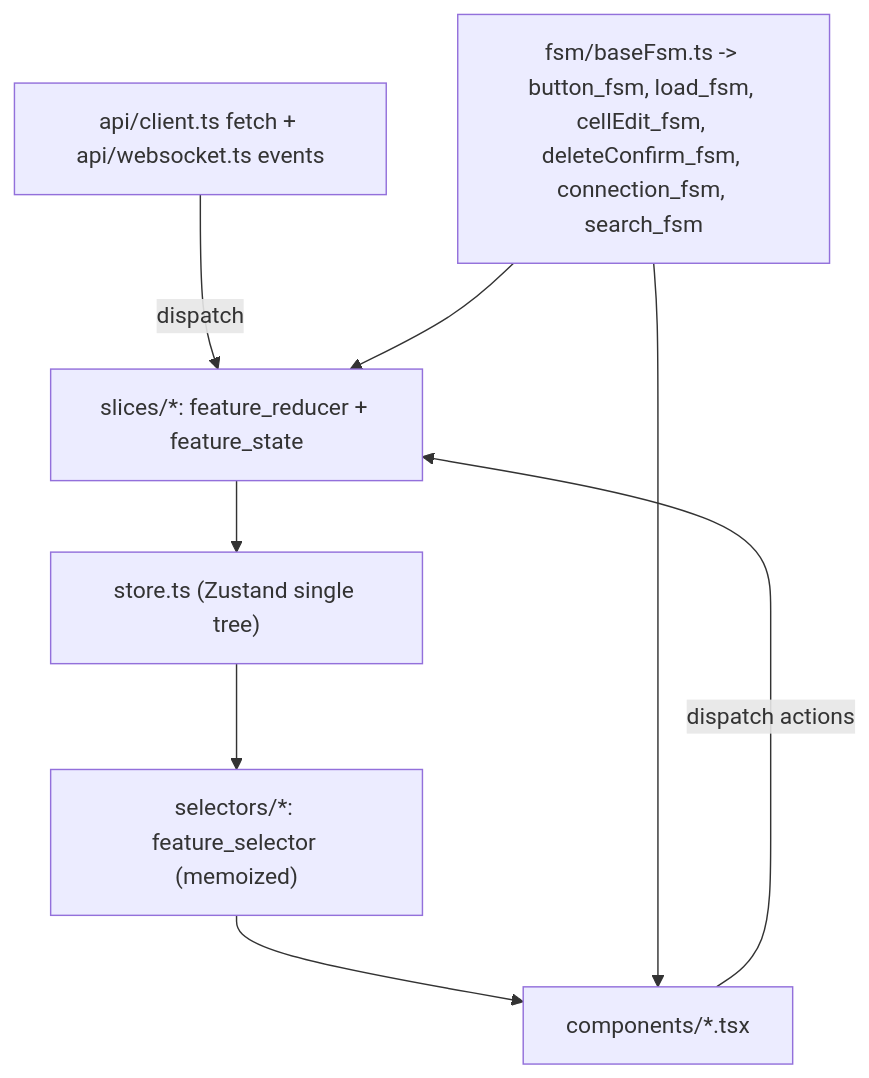
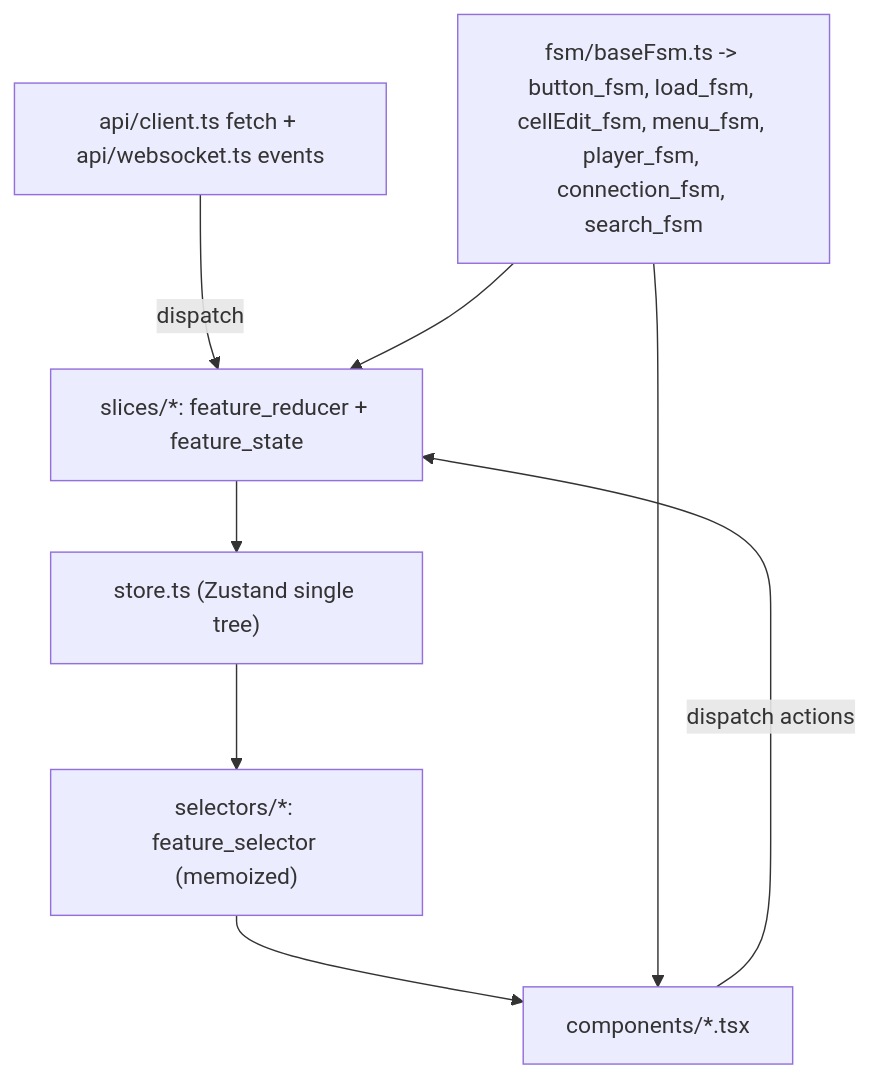
Before and after one commit to vladkalinichencko/log: the fifth of 11 diagrams in SPEC.md, drawn with Mermaid. The commit also changed other lines of this file and 30 other files, not shown here.

````diff
--- a/SPEC.md
+++ b/SPEC.md
@@ -674,14 +675,14 @@
 ```mermaid
 flowchart TD
     DS["api/client.ts fetch + api/websocket.ts events"]
     ST["store.ts (Zustand single tree)"]
     RD["slices/*: feature_reducer + feature_state"]
     SEL["selectors/*: feature_selector (memoized)"]
-    FSM["fsm/baseFsm.ts -> button_fsm, load_fsm, cellEdit_fsm, deleteConfirm_fsm, connection_fsm, search_fsm"]
+    FSM["fsm/baseFsm.ts -> button_fsm, load_fsm, cellEdit_fsm, menu_fsm, player_fsm, connection_fsm, search_fsm"]
     CMP["components/*.tsx"]
     DS -->|dispatch| RD --> ST
     ST --> SEL --> CMP
     CMP -->|dispatch actions| RD
     FSM --> CMP
     FSM --> RD
 ```
````
